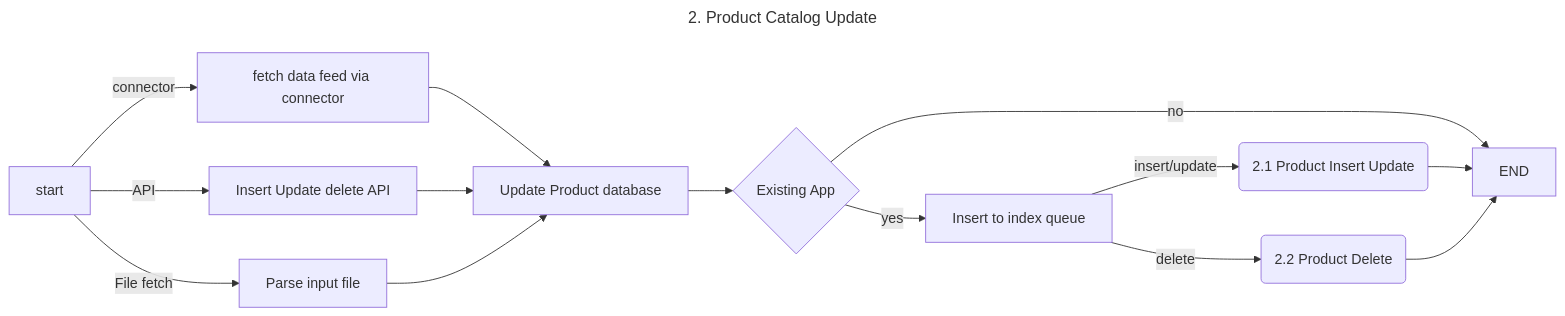
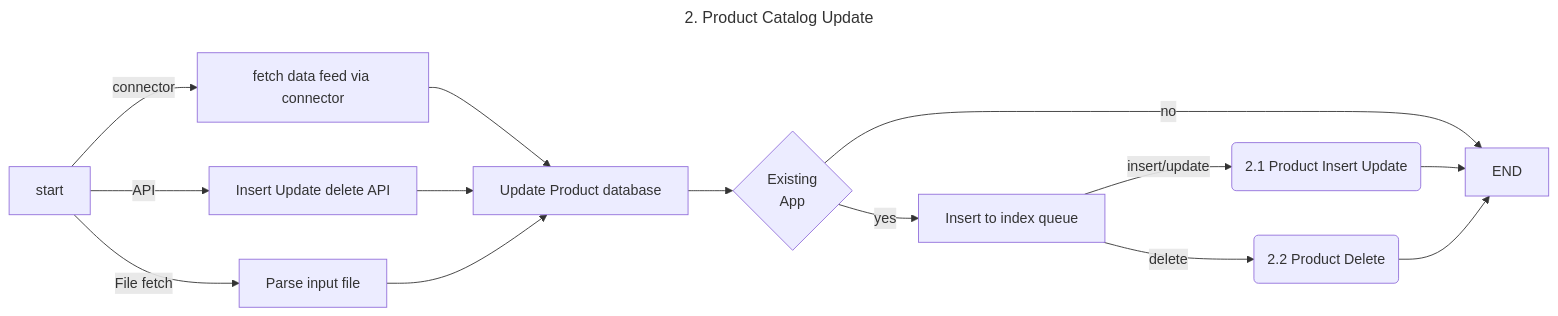
Before and after one commit to zchangvs/diagram: the diagram in 2_0_Product_catalog_update.md, drawn with Mermaid.

````diff
--- a/2_0_Product_catalog_update.md
+++ b/2_0_Product_catalog_update.md
@@ -1,21 +1,21 @@
 ```mermaid
 ---
 title: 2. Product Catalog Update
 ---
 flowchart LR
     ST[start] -- connector --> CON[fetch data feed via connector]
     ST -- API --> AP[Insert Update delete API]
     ST -- File fetch --> FF[Parse input file]
     CON --> UP
     AP --> UP
     FF --> UP[Update Product database]
-    UP --> APP{Existing App}
+    UP --> APP{Existing<br>App}
     APP --> |yes| IQ[Insert to index queue]
     IQ -- insert/update --> PIU(2.1 Product Insert Update)
     IQ -- delete --> DEL(2.2 Product Delete)
     APP --> |no| ED[END]
     PIU --> ED
     DEL --> ED 
 
 
 ```
````
